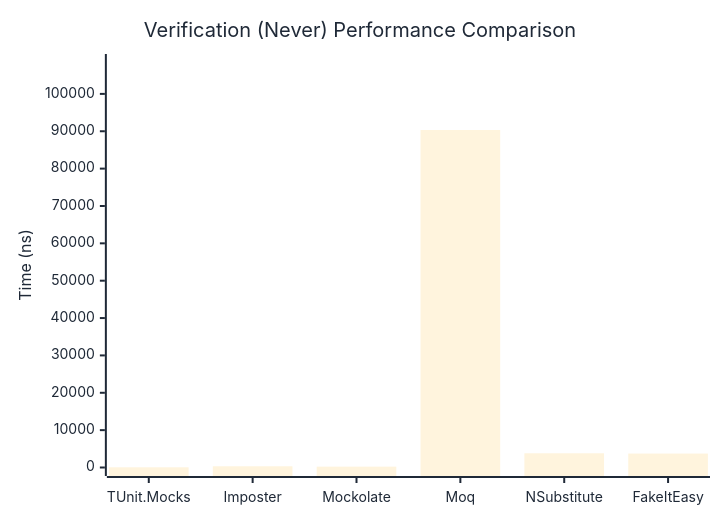
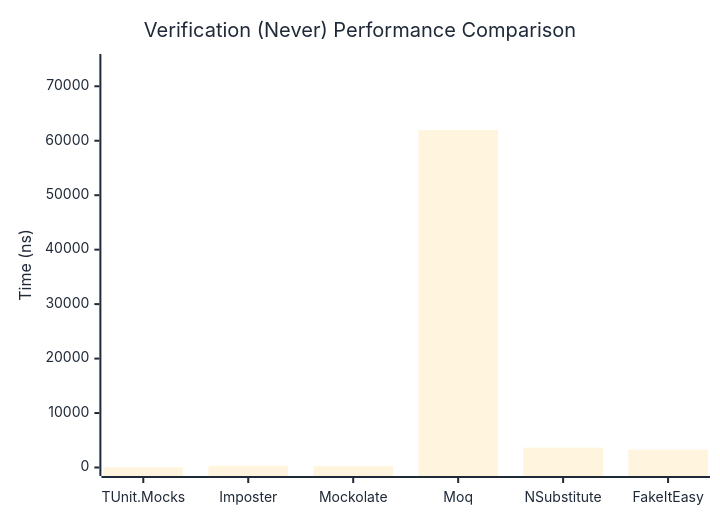
Before and after one commit to thomhurst/TUnit: the second of 3 diagrams in docs/docs/benchmarks/mocks/Verification.md, drawn with Mermaid. The commit also changed other lines of this file and 14 other files, not shown here.

````diff
--- a/docs/docs/benchmarks/mocks/Verification.md
+++ b/docs/docs/benchmarks/mocks/Verification.md
@@ -71,27 +71,27 @@
 ```mermaid
 %%{init: {
   'theme':'base',
   'themeVariables': {
     'primaryColor': '#2563eb',
     'primaryTextColor': '#1f2937',
     'primaryBorderColor': '#1e40af',
     'lineColor': '#6b7280',
     'secondaryColor': '#7c3aed',
     'tertiaryColor': '#dc2626',
     'background': '#ffffff',
     'pie1': '#2563eb',
     'pie2': '#7c3aed',
     'pie3': '#dc2626',
     'pie4': '#f59e0b',
     'pie5': '#10b981',
     'pie6': '#06b6d4',
     'pie7': '#ec4899',
     'pie8': '#6366f1'
   }
 }}%%
 xychart-beta
   title "Verification (Never) Performance Comparison"
   x-axis ["TUnit.Mocks", "Imposter", "Mockolate", "Moq", "NSubstitute", "FakeItEasy"]
-  y-axis "Time (ns)" 0 --> 108402
-  bar [50.43, 323.83, 224.77, 90334.21, 3811.39, 3734.17]
+  y-axis "Time (ns)" 0 --> 74365
+  bar [55.89, 327.58, 244, 61970.19, 3645.79, 3282.43]
 ```
````
